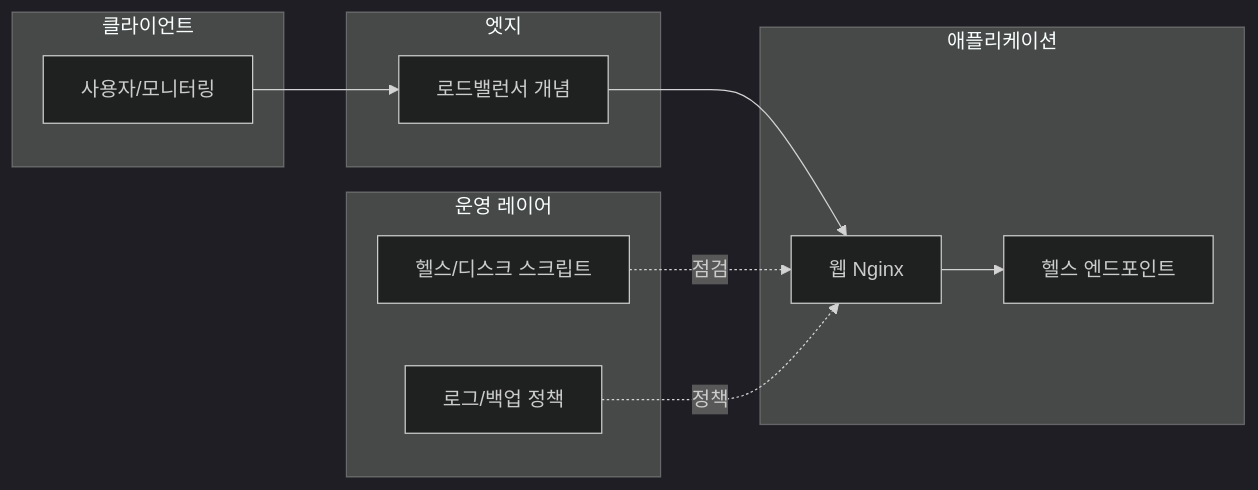
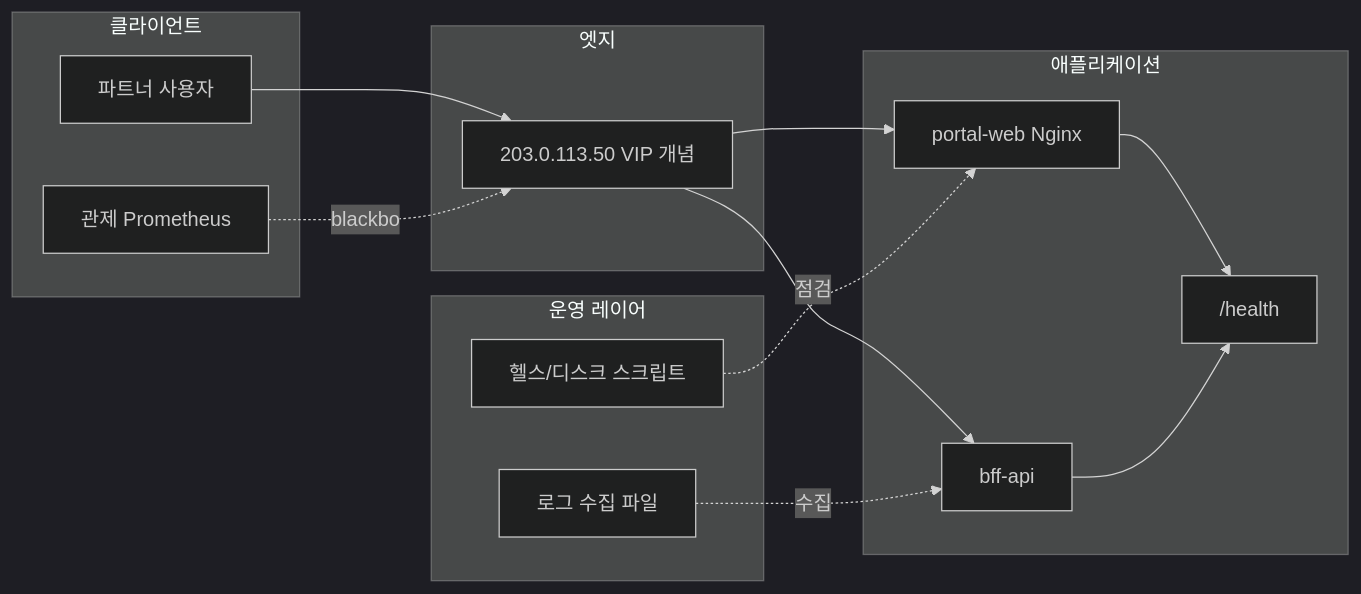
Before and after one commit to yunsunghun/portfolio-01-security-ops: the diagram in docs/01-ARCHITECTURE.md, drawn with Mermaid (dark theme). The commit also changed other lines of this file and 19 other files, not shown here.

````diff
--- a/docs/01-ARCHITECTURE.md
+++ b/docs/01-ARCHITECTURE.md
@@ -5,21 +7,26 @@
 ```mermaid
 flowchart LR
   subgraph clients [클라이언트]
-    U[사용자/모니터링]
+    P[파트너 사용자]
+    M[관제 Prometheus]
   end
   subgraph edge [엣지]
-    LB[로드밸런서 개념]
+    LB[203.0.113.50 VIP 개념]
   end
   subgraph app [애플리케이션]
-    W[웹 Nginx]
-    H[헬스 엔드포인트]
+    W[portal-web Nginx]
+    B[bff-api]
+    H["/health"]
   end
   subgraph ops [운영 레이어]
     S[헬스/디스크 스크립트]
-    L[로그/백업 정책]
+    L[로그 수집 파일]
   end
-  U --> LB --> W
+  P --> LB --> W
+  LB --> B
   W --> H
+  B --> H
+  M -.blackbox.-> LB
   S -.점검.-> W
-  L -.정책.-> W
+  L -.수집.-> B
 ```
````
